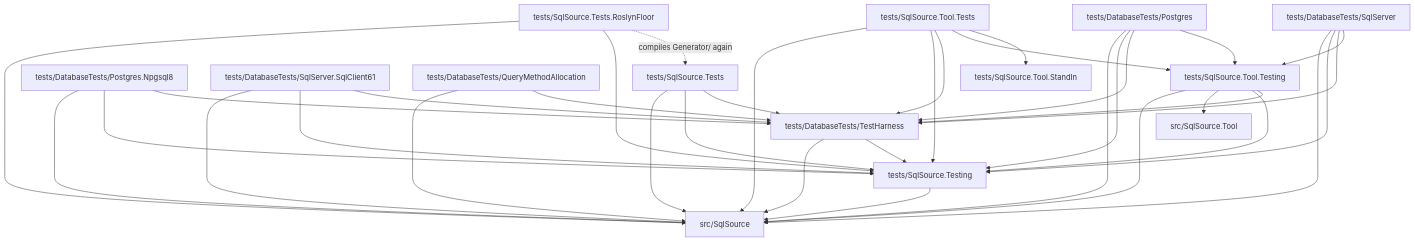
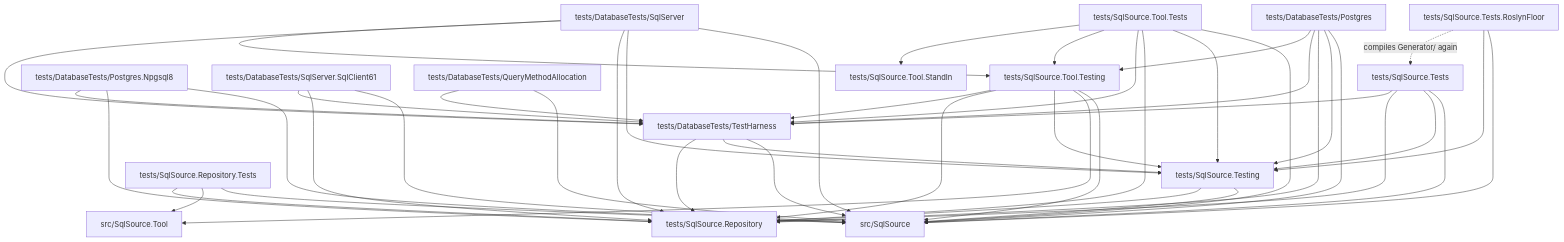
One commit to mbcrawfo/SqlSource changed the diagram in tests/README.md. Above: the diagram before and after it, drawn with Mermaid. The commit also changed other lines of this file and 88 other files, not shown here.

First line of the commit message:
refactor(tests): repository checks in a test project of their own (#236)

````diff
--- a/tests/README.md
+++ b/tests/README.md
@@ -64,52 +66,64 @@
 ```mermaid
 graph TD
     Generator["src/SqlSource"]
     Tool["src/SqlSource.Tool"]
     Tests["tests/SqlSource.Tests"]
     Floor["tests/SqlSource.Tests.RoslynFloor"]
     ToolTests["tests/SqlSource.Tool.Tests"]
     Postgres["tests/DatabaseTests/Postgres"]
     Npgsql8["tests/DatabaseTests/Postgres.Npgsql8"]
     SqlServer["tests/DatabaseTests/SqlServer"]
     SqlClient61["tests/DatabaseTests/SqlServer.SqlClient61"]
     Allocation["tests/DatabaseTests/QueryMethodAllocation"]
     Testing["tests/SqlSource.Testing"]
+    Repository["tests/SqlSource.Repository"]
+    RepositoryTests["tests/SqlSource.Repository.Tests"]
     StandIn["tests/SqlSource.Tool.StandIn"]
     Harness["tests/DatabaseTests/TestHarness"]
     ToolTesting["tests/SqlSource.Tool.Testing"]
 
     Tests --> Generator
     Tests --> Testing
+    Tests --> Repository
     Tests --> Harness
     Floor --> Generator
     Floor --> Testing
     Floor -.->|compiles Generator/ again| Tests
     ToolTests --> Generator
     ToolTests --> Testing
+    ToolTests --> Repository
     ToolTests --> Harness
     ToolTests --> ToolTesting
     ToolTests --> StandIn
     Postgres --> Generator
     Postgres --> Testing
+    Postgres --> Repository
     Postgres --> Harness
     Postgres --> ToolTesting
     Npgsql8 --> Generator
-    Npgsql8 --> Testing
+    Npgsql8 --> Repository
     Npgsql8 --> Harness
     SqlServer --> Generator
     SqlServer --> Testing
+    SqlServer --> Repository
     SqlServer --> Harness
     SqlServer --> ToolTesting
     SqlClient61 --> Generator
-    SqlClient61 --> Testing
+    SqlClient61 --> Repository
     SqlClient61 --> Harness
     Allocation --> Generator
     Allocation --> Harness
     Harness --> Generator
     Harness --> Testing
+    Harness --> Repository
     Testing --> Generator
+    Testing --> Repository
     ToolTesting --> Generator
     ToolTesting --> Tool
     ToolTesting --> Testing
+    ToolTesting --> Repository
     ToolTesting --> Harness
+    RepositoryTests --> Generator
+    RepositoryTests --> Tool
+    RepositoryTests --> Repository
 ```
````
